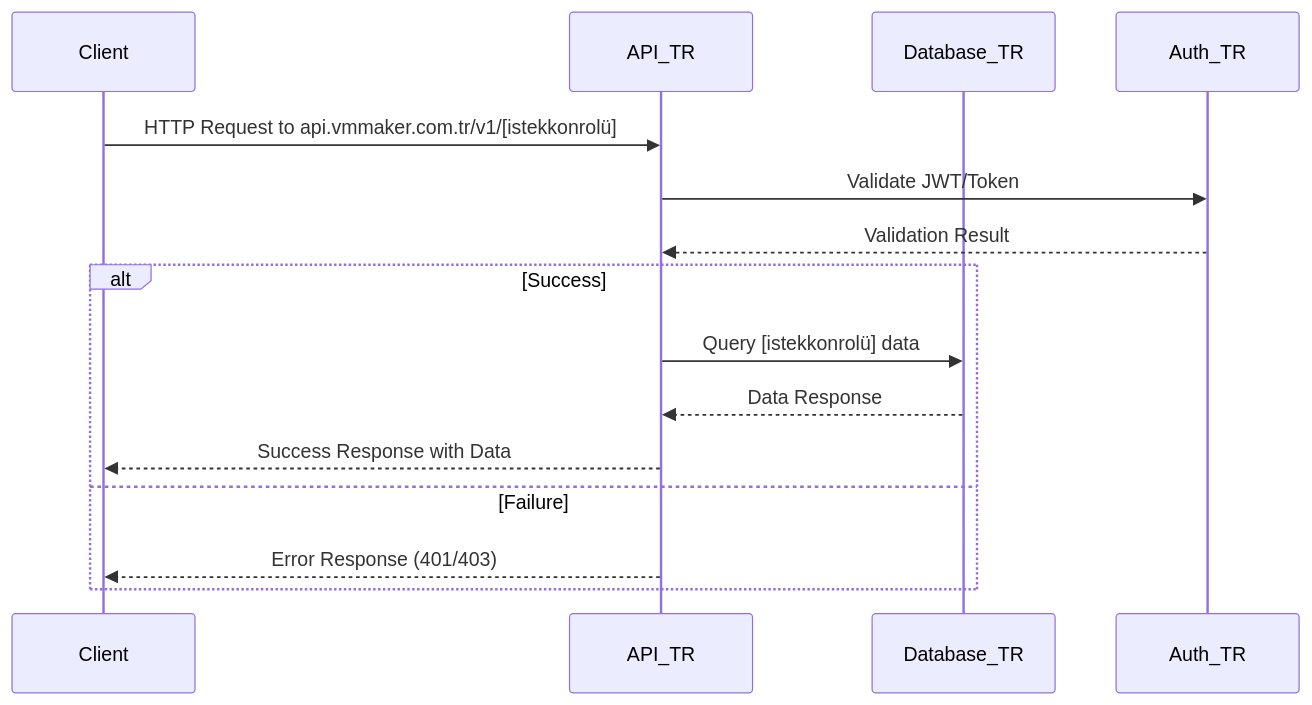
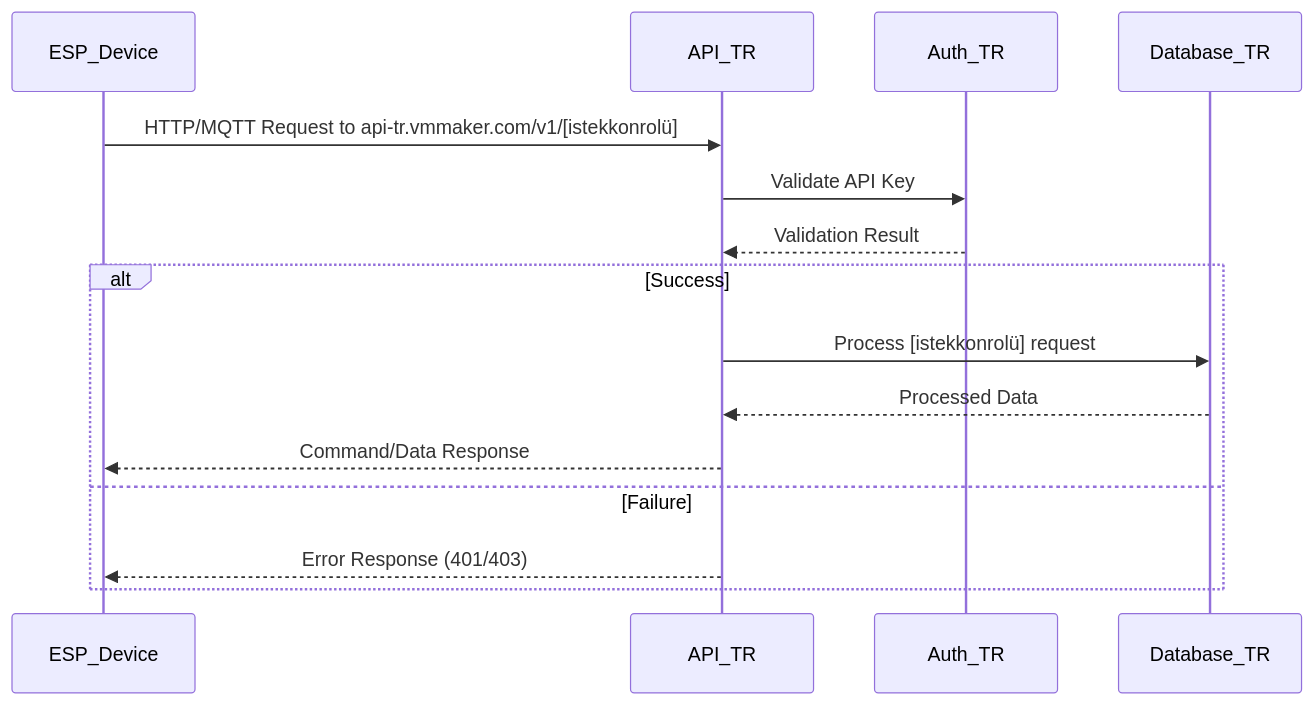
The diagram in README.md (hamzadenizyilmaz/vmmaker), drawn with Mermaid before and after one commit.

Commit message:
README.md

````diff
--- a/README.md
+++ b/README.md
@@ -3,18 +3,18 @@
 ```mermaid
 sequenceDiagram
-    participant Client
+    participant ESP_Device
     participant API_TR
+    participant Auth_TR
     participant Database_TR
-    participant Auth_TR
 
-    Client->>API_TR: HTTP Request to api.vmmaker.com.tr/v1/[istekkonrolü]
-    API_TR->>Auth_TR: Validate JWT/Token
+    ESP_Device->>API_TR: HTTP/MQTT Request to api-tr.vmmaker.com/v1/[istekkonrolü]
+    API_TR->>Auth_TR: Validate API Key
     Auth_TR-->>API_TR: Validation Result
     alt Success
-        API_TR->>Database_TR: Query [istekkonrolü] data
-        Database_TR-->>API_TR: Data Response
-        API_TR-->>Client: Success Response with Data
+        API_TR->>Database_TR: Process [istekkonrolü] request
+        Database_TR-->>API_TR: Processed Data
+        API_TR-->>ESP_Device: Command/Data Response
     else Failure
-        API_TR-->>Client: Error Response (401/403)
+        API_TR-->>ESP_Device: Error Response (401/403)
     end
 ```
````
